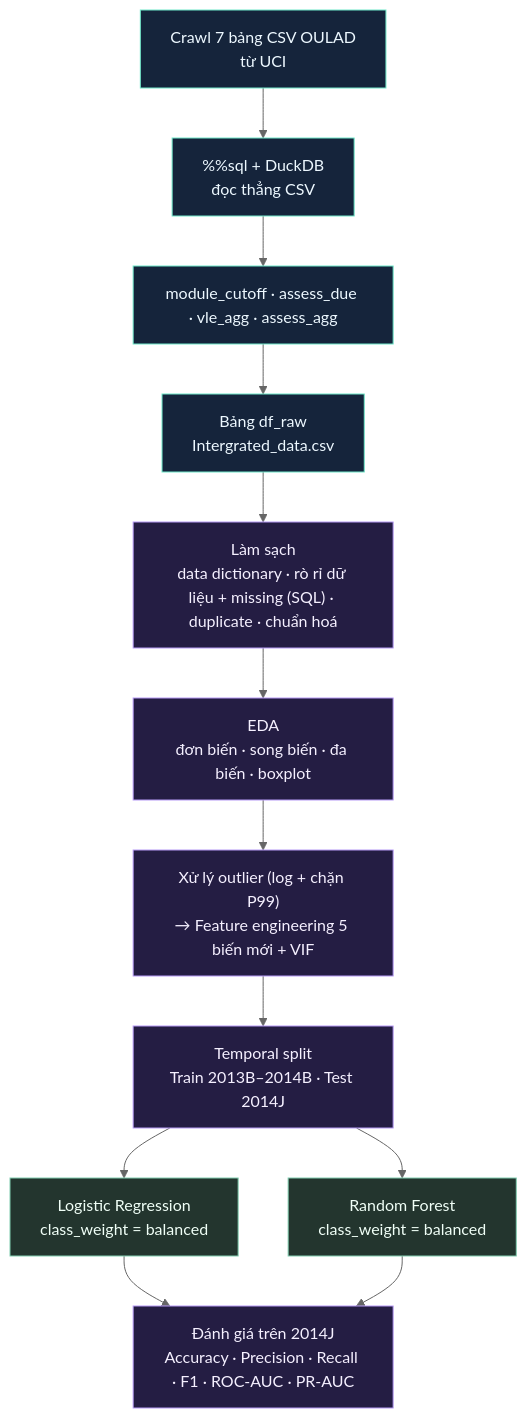
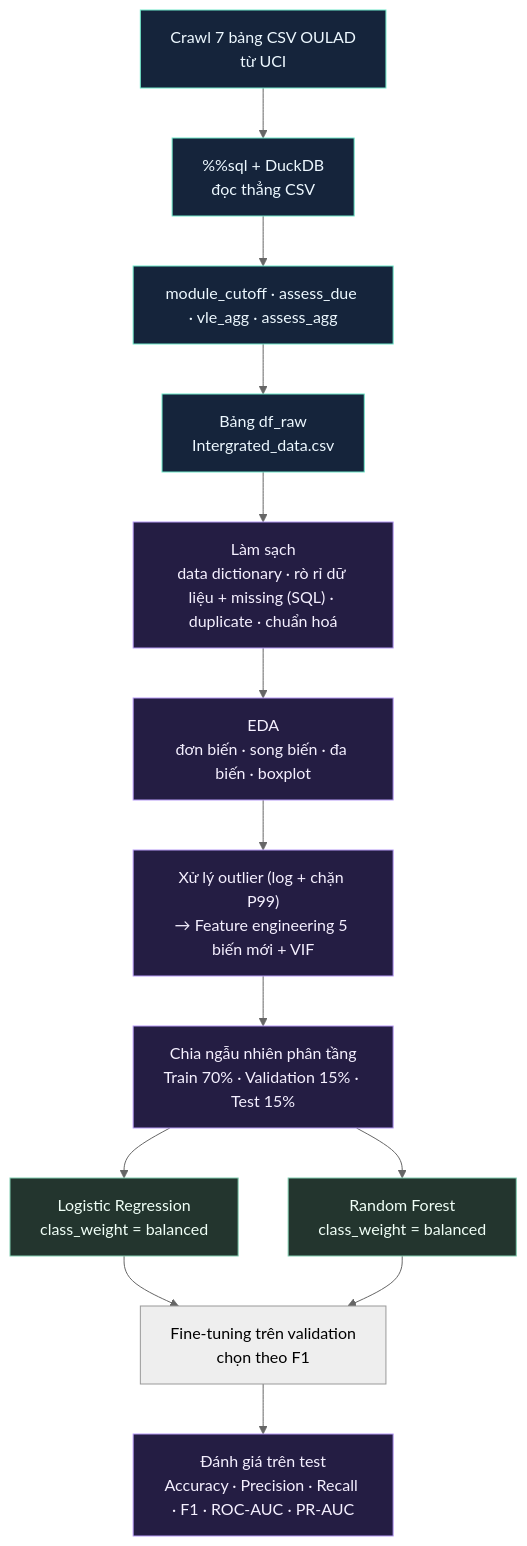
The diagram in README.md (NguyenAnh1421/Early-Warning-At-Risk-Students-OULAD), drawn with Mermaid (neutral theme) before and after one commit. The commit also changed other lines of this file and 3 other files, not shown here.

First line of the commit message:
Part 5: 70/15/15 train/val/test split and simple fine-tuning step

````diff
--- a/README.md
+++ b/README.md
@@ -88,21 +88,22 @@
 ```mermaid
 flowchart TD
     A["Crawl 7 bảng CSV OULAD<br/>từ UCI"] --> B["%%sql + DuckDB<br/>đọc thẳng CSV"]
     B --> C["module_cutoff · assess_due · vle_agg · assess_agg"]
     C --> D["Bảng df_raw<br/>Intergrated_data.csv"]
     D --> E["Làm sạch<br/>data dictionary · rò rỉ dữ liệu + missing (SQL) · duplicate · chuẩn hoá"]
     E --> F["EDA<br/>đơn biến · song biến · đa biến · boxplot"]
     F --> G["Xử lý outlier (log + chặn P99)<br/>→ Feature engineering 5 biến mới + VIF"]
-    G --> H["Temporal split<br/>Train 2013B–2014B · Test 2014J"]
+    G --> H["Chia ngẫu nhiên phân tầng<br/>Train 70% · Validation 15% · Test 15%"]
     H --> I["Logistic Regression<br/>class_weight = balanced"]
     H --> J["Random Forest<br/>class_weight = balanced"]
-    I --> K["Đánh giá trên 2014J<br/>Accuracy · Precision · Recall · F1 · ROC-AUC · PR-AUC"]
-    J --> K
+    I --> T["Fine-tuning trên validation<br/>chọn theo F1"]
+    J --> T
+    T --> K["Đánh giá trên test<br/>Accuracy · Precision · Recall · F1 · ROC-AUC · PR-AUC"]
 
     classDef source fill:#15243b,stroke:#6ee7c9,color:#edf8ff;
     classDef analysis fill:#241d43,stroke:#b69af6,color:#f5f0ff;
     classDef model fill:#23352e,stroke:#80cdb0,color:#f0fff7;
     class A,B,C,D source;
     class E,F,G,H,K analysis;
     class I,J model;
 ```
````
